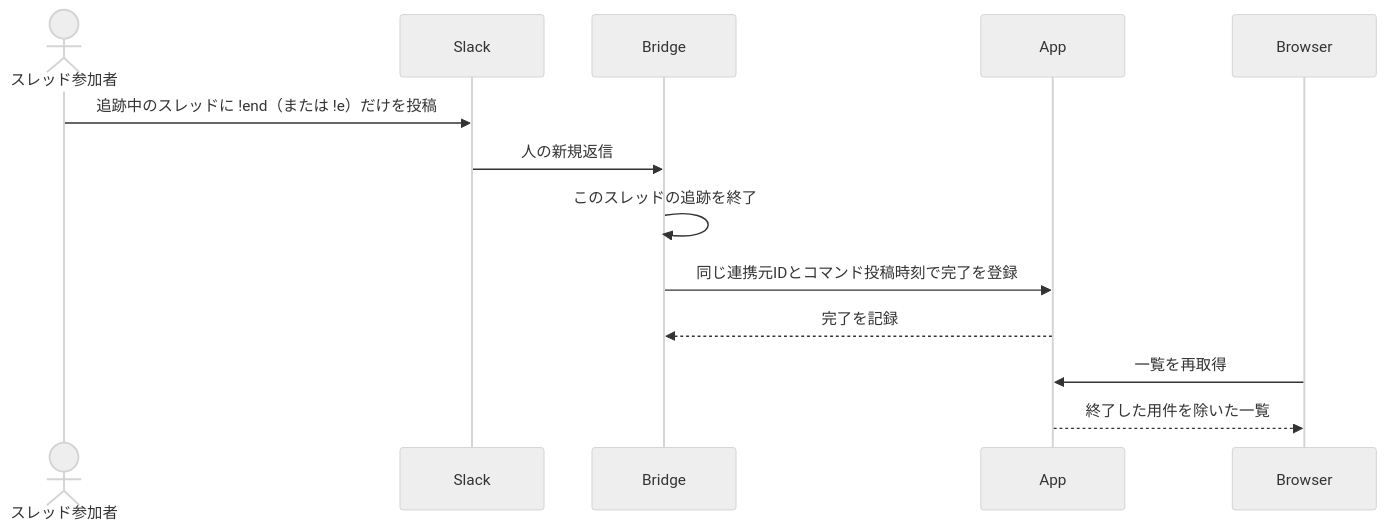
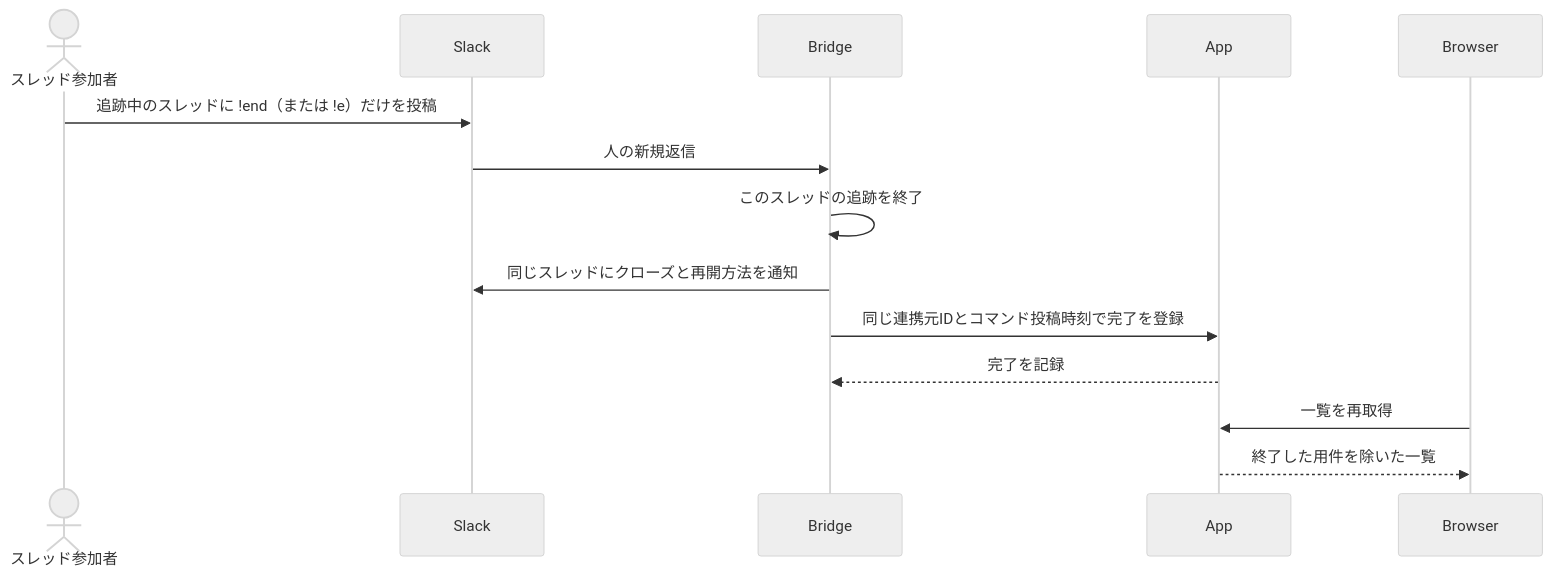
One commit to nishimura-yuma77/preview changed the fourth of 5 diagrams in reply-watch/docs/spec/features/reply-tracking/USECASE.md. Above: the diagram before and after it, drawn with Mermaid (neutral theme). The commit also changed 3 other files, not shown here.

````diff
--- a/reply-watch/docs/spec/features/reply-tracking/USECASE.md
+++ b/reply-watch/docs/spec/features/reply-tracking/USECASE.md
@@ -75,11 +75,12 @@
 ```mermaid
 sequenceDiagram
     actor U as スレッド参加者
     U->>Slack: 追跡中のスレッドに !end（または !e）だけを投稿
     Slack->>Bridge: 人の新規返信
     Bridge->>Bridge: このスレッドの追跡を終了
+    Bridge->>Slack: 同じスレッドにクローズと再開方法を通知
     Bridge->>App: 同じ連携元IDとコマンド投稿時刻で完了を登録
     App-->>Bridge: 完了を記録
     Browser->>App: 一覧を再取得
     App-->>Browser: 終了した用件を除いた一覧
 ```
````
